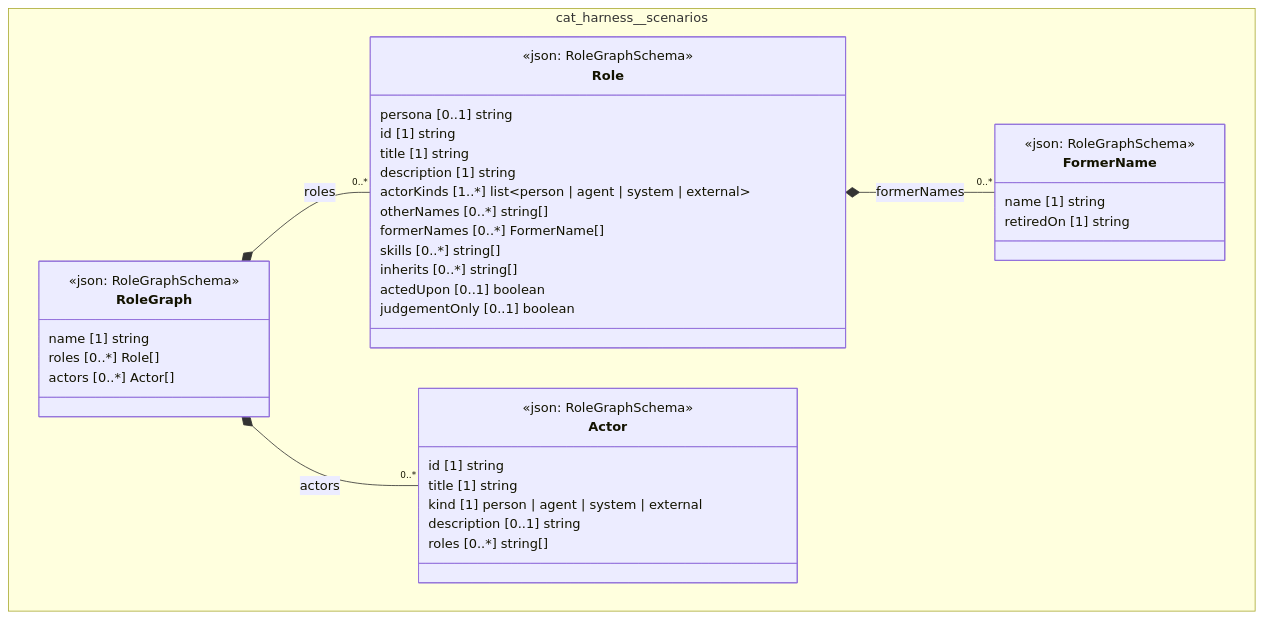
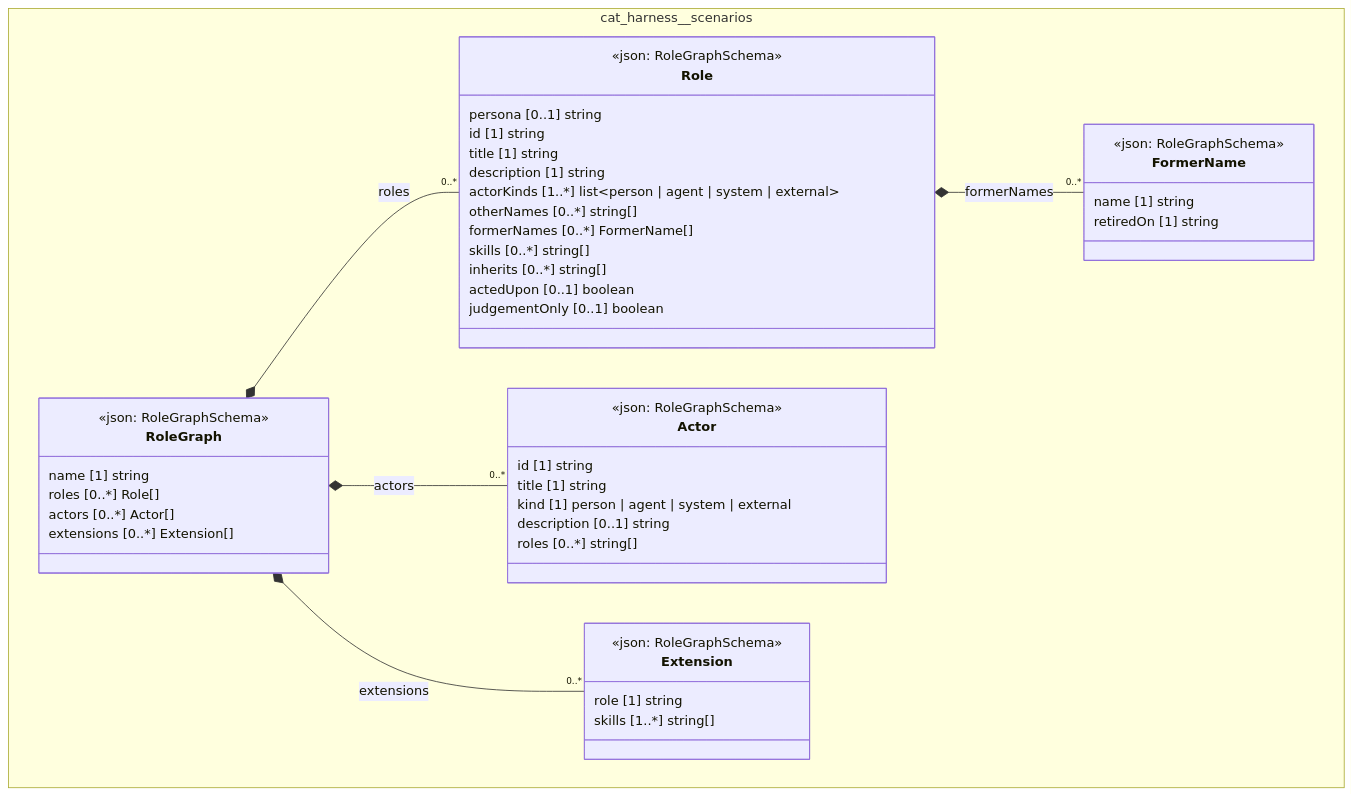
One commit to litlfred/folio-assistant changed the diagram in cat-harness/uml/overview/cat-harness/scenarios.mmd. Above: the diagram before and after it, drawn with Mermaid. The commit also changed 405 other files, not shown here.

```diff
--- a/cat-harness/uml/overview/cat-harness/scenarios.mmd
+++ b/cat-harness/uml/overview/cat-harness/scenarios.mmd
@@ -1,44 +1,52 @@
 classDiagram
   direction TB
   namespace cat_harness__scenarios {
     class cat_harness_scenarios_FormerName["FormerName"] {
       <<json: RoleGraphSchema>>
       name [1] string
       retiredOn [1] string
     }
     class cat_harness_scenarios_Role["Role"] {
       <<json: RoleGraphSchema>>
       persona [0..1] string
       id [1] string
       title [1] string
       description [1] string
       actorKinds [1..*] list~person | agent | system | external~
       otherNames [0..*] string[]
       formerNames [0..*] FormerName[]
       skills [0..*] string[]
       inherits [0..*] string[]
       actedUpon [0..1] boolean
       judgementOnly [0..1] boolean
     }
     class cat_harness_scenarios_Actor["Actor"] {
       <<json: RoleGraphSchema>>
       id [1] string
       title [1] string
       kind [1] person | agent | system | external
       description [0..1] string
       roles [0..*] string[]
     }
+    class cat_harness_scenarios_Extension["Extension"] {
+      <<json: RoleGraphSchema>>
+      role [1] string
+      skills [1..*] string[]
+    }
     class cat_harness_scenarios_RoleGraph["RoleGraph"] {
       <<json: RoleGraphSchema>>
       name [1] string
       roles [0..*] Role[]
       actors [0..*] Actor[]
+      extensions [0..*] Extension[]
     }
   }
   cat_harness_scenarios_Role *-- "0..*" cat_harness_scenarios_FormerName : formerNames
   cat_harness_scenarios_RoleGraph *-- "0..*" cat_harness_scenarios_Role : roles
   cat_harness_scenarios_RoleGraph *-- "0..*" cat_harness_scenarios_Actor : actors
+  cat_harness_scenarios_RoleGraph *-- "0..*" cat_harness_scenarios_Extension : extensions
   cssClass "cat_harness_scenarios_FormerName" fa_uml_kind_scenarios
   cssClass "cat_harness_scenarios_Role" fa_uml_kind_scenarios
   cssClass "cat_harness_scenarios_Actor" fa_uml_kind_scenarios
+  cssClass "cat_harness_scenarios_Extension" fa_uml_kind_scenarios
   cssClass "cat_harness_scenarios_RoleGraph" fa_uml_kind_scenarios
```
